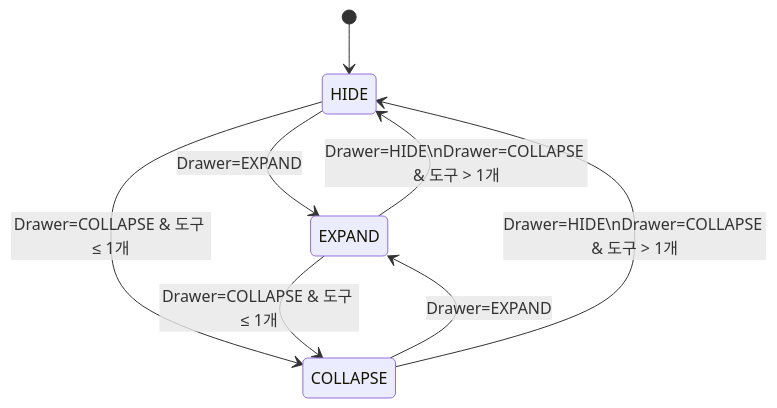
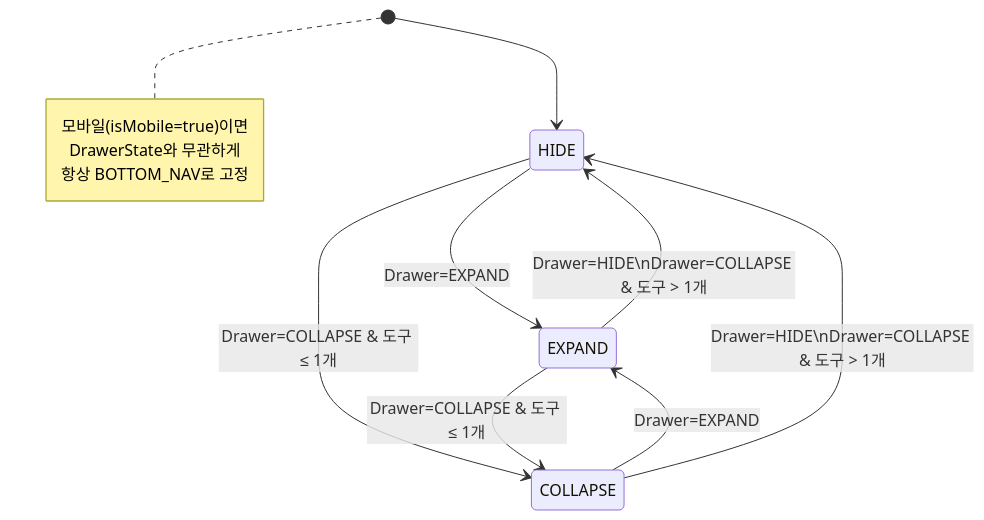
The third of 5 diagrams in shell-ui/README.md (sayaya1090/handbook), drawn with Mermaid before and after one commit. The commit also changed other lines of this file and 7 other files, not shown here.

````diff
--- a/shell-ui/README.md
+++ b/shell-ui/README.md
@@ -119,10 +119,15 @@
 ```mermaid
 stateDiagram-v2
     [*] --> HIDE
     HIDE --> EXPAND : Drawer=EXPAND
     HIDE --> COLLAPSE : Drawer=COLLAPSE & 도구 ≤ 1개
     EXPAND --> HIDE : Drawer=HIDE\nDrawer=COLLAPSE & 도구 > 1개
     EXPAND --> COLLAPSE : Drawer=COLLAPSE & 도구 ≤ 1개
     COLLAPSE --> EXPAND : Drawer=EXPAND
     COLLAPSE --> HIDE : Drawer=HIDE\nDrawer=COLLAPSE & 도구 > 1개
+    note right of [*]
+      모바일(isMobile=true)이면
+      DrawerState와 무관하게
+      항상 BOTTOM_NAV로 고정
+    end note
 ```
````
